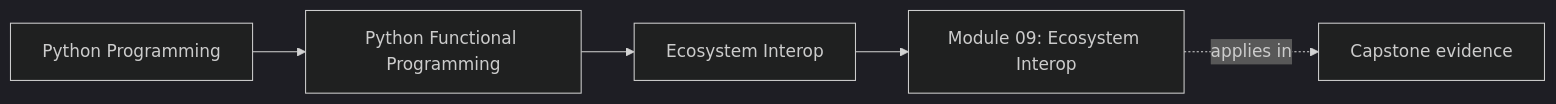
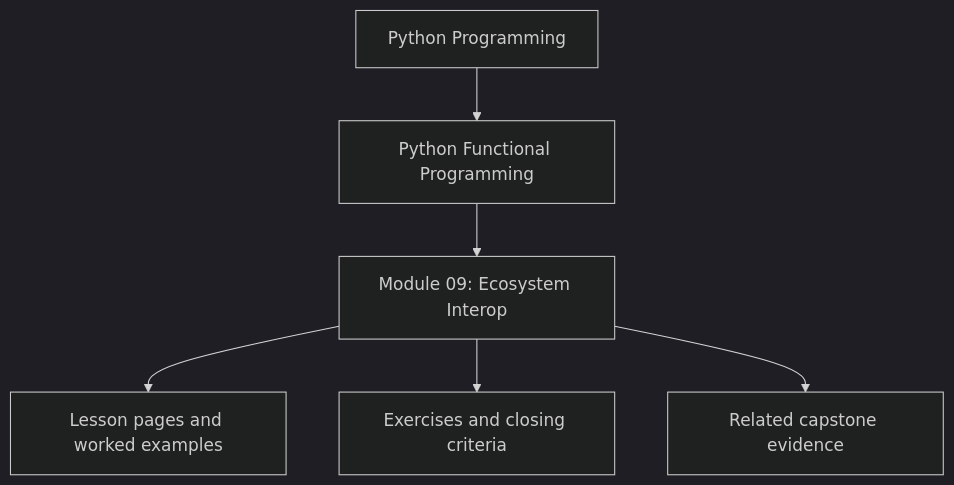
Before and after one commit to bijux/bijux-masterclass: the first of 2 diagrams in programs/python-programming/python-functional-programming/course-book/module-09-ecosystem-interop/index.md, drawn with Mermaid (dark theme). The commit also changed other lines of this file and 10 other files, not shown here.

Commit message:
docs(python-functional-programming): reposition module overview diagrams

````diff
--- a/programs/python-programming/python-functional-programming/course-book/module-09-ecosystem-interop/index.md
+++ b/programs/python-programming/python-functional-programming/course-book/module-09-ecosystem-interop/index.md
@@ -7,11 +7,8 @@
 ```mermaid
-graph LR
-  family["Python Programming"]
-  program["Python Functional Programming"]
-  section["Ecosystem Interop"]
-  page["Module 09: Ecosystem Interop"]
-  capstone["Capstone evidence"]
-
-  family --> program --> section --> page
-  page -.applies in.-> capstone
+flowchart TD
+  family["Python Programming"] --> program["Python Functional Programming"]
+  program --> module["Module 09: Ecosystem Interop"]
+  module --> lessons["Lesson pages and worked examples"]
+  module --> checkpoints["Exercises and closing criteria"]
+  module --> capstone["Related capstone evidence"]
 ```
````
